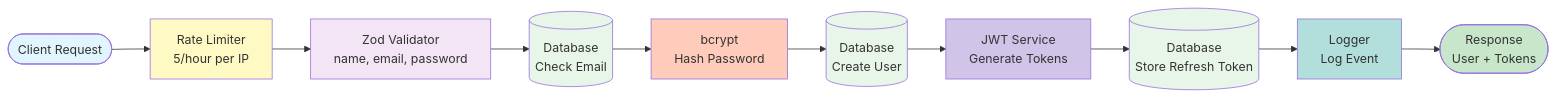
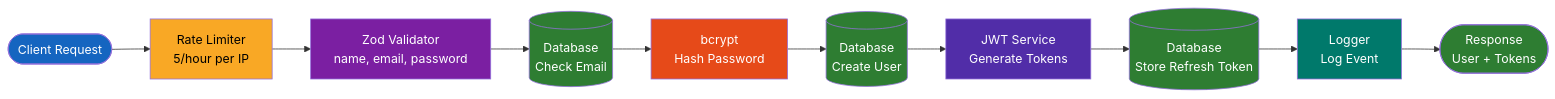
One commit to v1becheck/Next.js-SaaS-Starter changed diagram 12 of 15 in DIAGRAMS.md. Above: the diagram before and after it, drawn with Mermaid. The commit also changed other lines of this file, not shown here.

````diff
--- a/DIAGRAMS.md
+++ b/DIAGRAMS.md
@@ -581,23 +581,23 @@
 ```mermaid
 flowchart LR
     Start([Client Request]) --> RL[Rate Limiter<br/>5/hour per IP]
     RL --> V[Zod Validator<br/>name, email, password]
     V --> DB1[(Database<br/>Check Email)]
     DB1 --> BC[bcrypt<br/>Hash Password]
     BC --> DB2[(Database<br/>Create User)]
     DB2 --> JWT[JWT Service<br/>Generate Tokens]
     JWT --> DB3[(Database<br/>Store Refresh Token)]
     DB3 --> LOG[Logger<br/>Log Event]
     LOG --> End([Response<br/>User + Tokens])
     
-    style Start fill:#e1f5ff
-    style End fill:#c8e6c9
-    style RL fill:#fff9c4
-    style V fill:#f3e5f5
-    style BC fill:#ffccbc
-    style JWT fill:#d1c4e9
-    style DB1 fill:#e8f5e9
-    style DB2 fill:#e8f5e9
-    style DB3 fill:#e8f5e9
-    style LOG fill:#b2dfdb
+    style Start fill:#1565c0,color:#fff
+    style End fill:#2e7d32,color:#fff
+    style RL fill:#f9a825,color:#000
+    style V fill:#7b1fa2,color:#fff
+    style BC fill:#e64a19,color:#fff
+    style JWT fill:#512da8,color:#fff
+    style DB1 fill:#2e7d32,color:#fff
+    style DB2 fill:#2e7d32,color:#fff
+    style DB3 fill:#2e7d32,color:#fff
+    style LOG fill:#00796b,color:#fff
 ```
````
